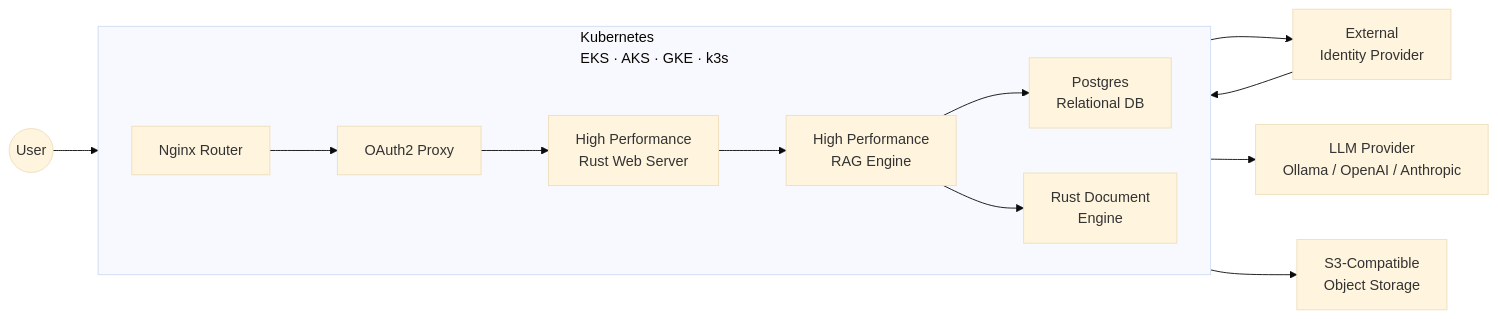
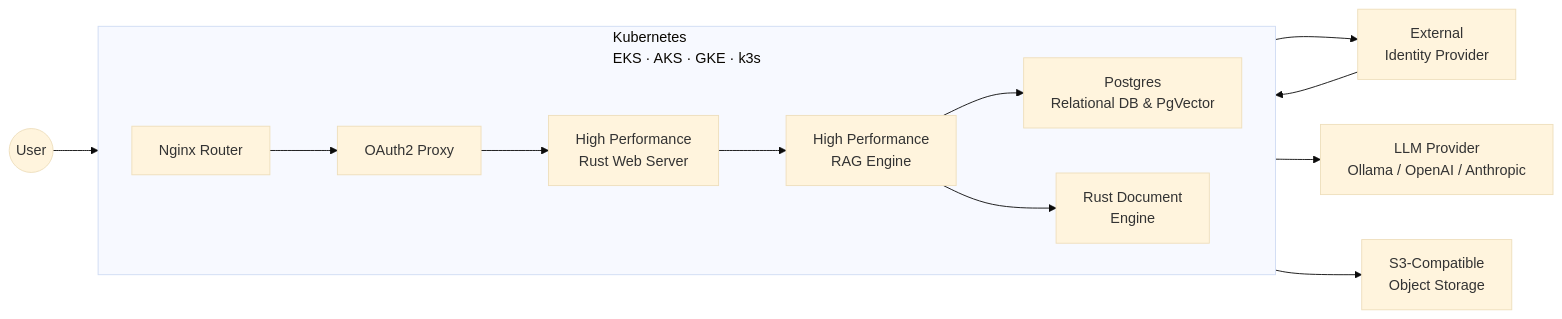
One commit to bionic-gpt/bionic-gpt changed the diagram in README.md. Above: the diagram before and after it, drawn with Mermaid (base theme).

Commit message:
[ci skip] Update diagram

````diff
--- a/README.md
+++ b/README.md
@@ -150,45 +150,45 @@
 ```mermaid
 flowchart LR
     %% External actors
     User((User))
     IdP["External<br/>Identity Provider"]
     LLM["LLM Provider<br/>Ollama / OpenAI / Anthropic"]
     S3["S3-Compatible<br/>Object Storage"]
 
     %% Kubernetes boundary
     subgraph K8s["Kubernetes<br/>EKS · AKS · GKE · k3s"]
         direction LR
 
         %% Ingress & Auth
         Nginx["Nginx Router"]
         OAuth2["OAuth2 Proxy"]
 
         %% Core API
         RustServer["High Performance<br/>Rust Web Server"]
 
         %% Engines
         RAG["High Performance<br/>RAG Engine"]
         DocEngine["Rust Document<br/>Engine"]
 
         %% Database
-        Postgres["Postgres<br/>Relational DB"]
+        Postgres["Postgres<br/>Relational DB & PgVector"]
     end
 
     %% Request flow
     User --> Nginx --> OAuth2 --> RustServer
 
     %% Authentication flow
     OAuth2 --> IdP
     IdP --> OAuth2
 
     %% Control & inference
     RustServer --> RAG
     RustServer --> LLM
 
     %% RAG orchestration
     RAG --> Postgres
     RAG --> DocEngine
 
     %% Object storage access
     RustServer --> S3
 ```
````
